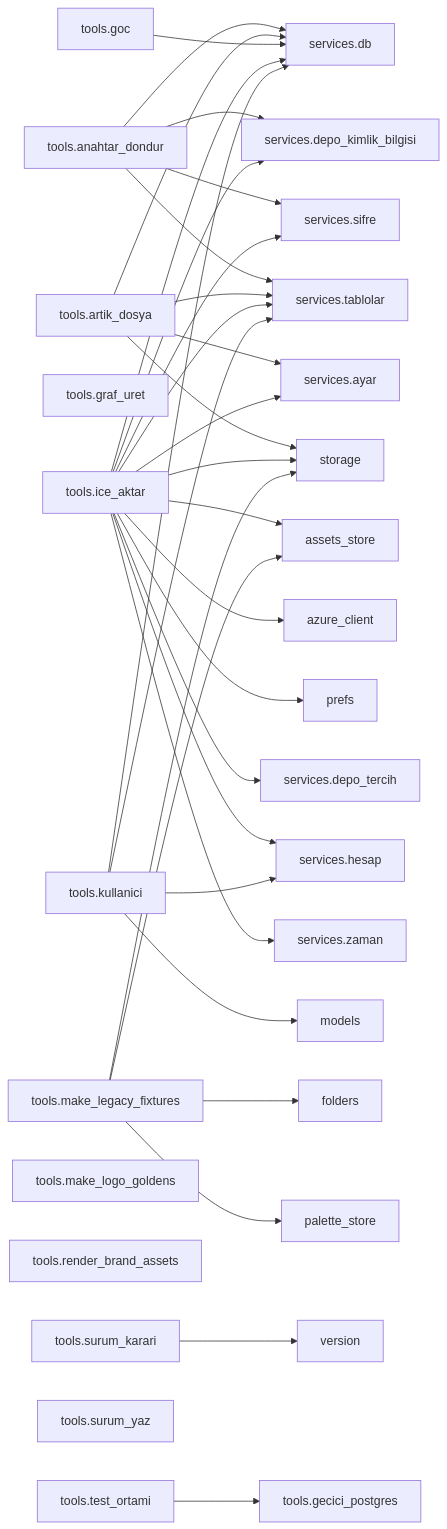
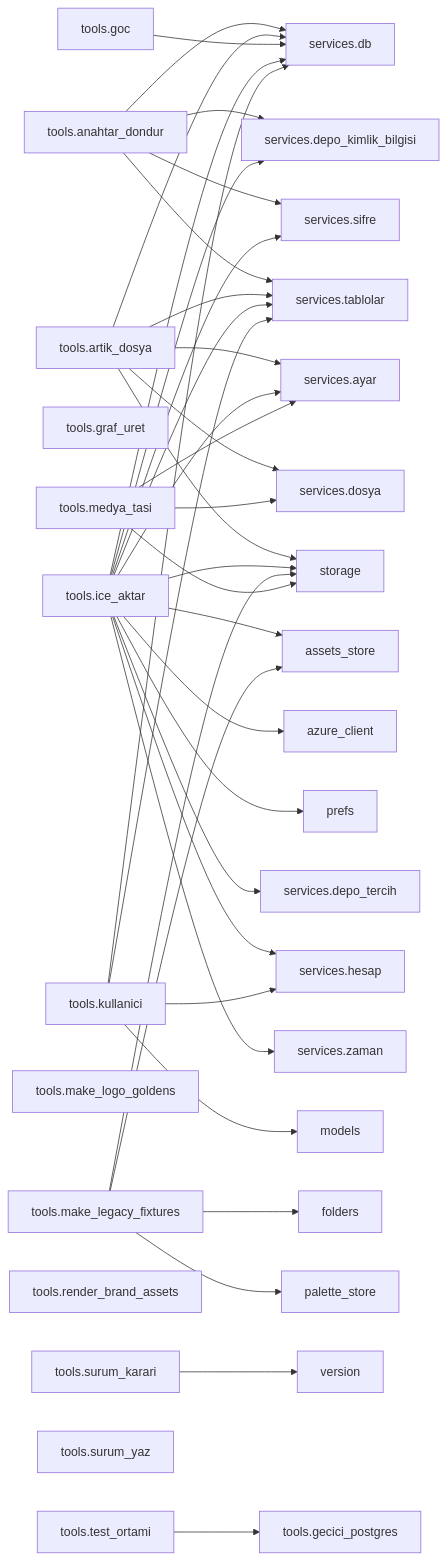
Before and after one commit to Zenginby/kromis: the second of 2 diagrams in docs/graflar/moduller.md, drawn with Mermaid. The commit also changed other lines of this file and 34 other files, not shown here.

````diff
--- a/docs/graflar/moduller.md
+++ b/docs/graflar/moduller.md
@@ -550,47 +563,52 @@
 ```mermaid
 flowchart LR
   n_tools_anahtar_dondur["tools.anahtar_dondur"]
   n_tools_anahtar_dondur --> n_services_db["services.db"]
   n_tools_anahtar_dondur --> n_services_depo_kimlik_bilgisi["services.depo_kimlik_bilgisi"]
   n_tools_anahtar_dondur --> n_services_sifre["services.sifre"]
   n_tools_anahtar_dondur --> n_services_tablolar["services.tablolar"]
   n_tools_artik_dosya["tools.artik_dosya"]
   n_tools_artik_dosya --> n_services_ayar["services.ayar"]
   n_tools_artik_dosya --> n_services_db["services.db"]
+  n_tools_artik_dosya --> n_services_dosya["services.dosya"]
   n_tools_artik_dosya --> n_services_tablolar["services.tablolar"]
   n_tools_artik_dosya --> n_storage["storage"]
   n_tools_gecici_postgres["tools.gecici_postgres"]
   n_tools_goc["tools.goc"]
   n_tools_goc --> n_services_db["services.db"]
   n_tools_graf_uret["tools.graf_uret"]
   n_tools_ice_aktar["tools.ice_aktar"]
   n_tools_ice_aktar --> n_assets_store["assets_store"]
   n_tools_ice_aktar --> n_azure_client["azure_client"]
   n_tools_ice_aktar --> n_prefs["prefs"]
   n_tools_ice_aktar --> n_services_ayar["services.ayar"]
   n_tools_ice_aktar --> n_services_db["services.db"]
   n_tools_ice_aktar --> n_services_depo_kimlik_bilgisi["services.depo_kimlik_bilgisi"]
   n_tools_ice_aktar --> n_services_depo_tercih["services.depo_tercih"]
   n_tools_ice_aktar --> n_services_hesap["services.hesap"]
   n_tools_ice_aktar --> n_services_sifre["services.sifre"]
   n_tools_ice_aktar --> n_services_tablolar["services.tablolar"]
   n_tools_ice_aktar --> n_services_zaman["services.zaman"]
   n_tools_ice_aktar --> n_storage["storage"]
   n_tools_kullanici["tools.kullanici"]
   n_tools_kullanici --> n_models["models"]
   n_tools_kullanici --> n_services_db["services.db"]
   n_tools_kullanici --> n_services_hesap["services.hesap"]
   n_tools_kullanici --> n_services_tablolar["services.tablolar"]
   n_tools_make_legacy_fixtures["tools.make_legacy_fixtures"]
   n_tools_make_legacy_fixtures --> n_assets_store["assets_store"]
   n_tools_make_legacy_fixtures --> n_folders["folders"]
   n_tools_make_legacy_fixtures --> n_palette_store["palette_store"]
   n_tools_make_legacy_fixtures --> n_storage["storage"]
   n_tools_make_logo_goldens["tools.make_logo_goldens"]
+  n_tools_medya_tasi["tools.medya_tasi"]
+  n_tools_medya_tasi --> n_services_ayar["services.ayar"]
+  n_tools_medya_tasi --> n_services_dosya["services.dosya"]
+  n_tools_medya_tasi --> n_storage["storage"]
   n_tools_render_brand_assets["tools.render_brand_assets"]
   n_tools_surum_karari["tools.surum_karari"]
   n_tools_surum_karari --> n_version["version"]
   n_tools_surum_yaz["tools.surum_yaz"]
   n_tools_test_ortami["tools.test_ortami"]
   n_tools_test_ortami --> n_tools_gecici_postgres["tools.gecici_postgres"]
 ```
````
